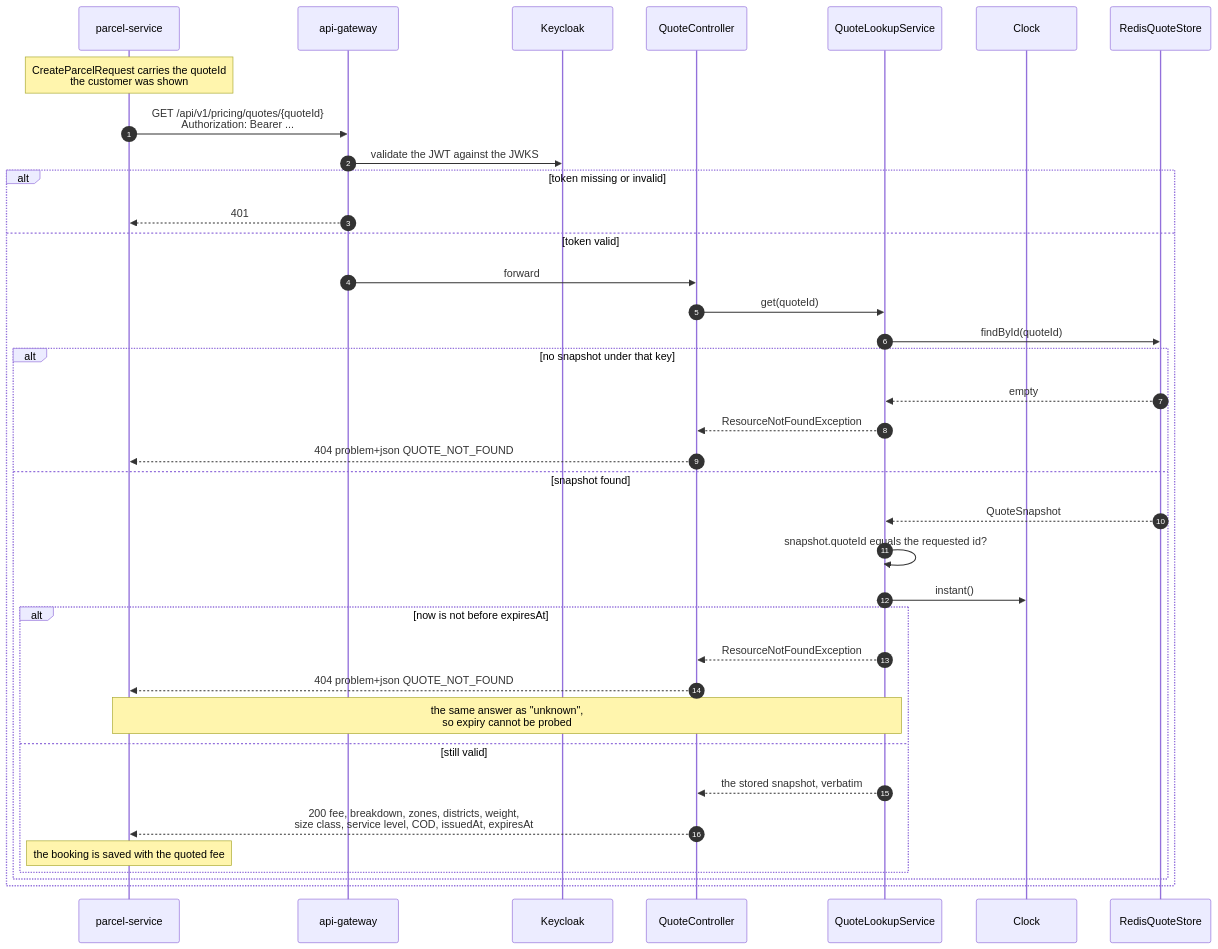
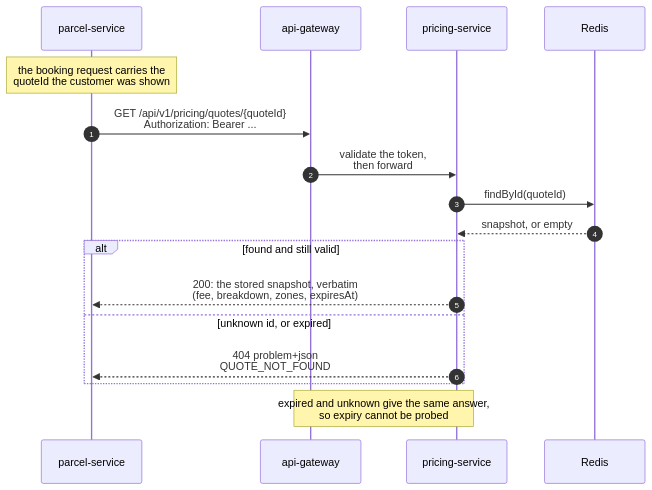
One commit to Pasidu-Mihiranga/SwiftDrop changed the diagram in doc/diagrams/m2-pricing-zones/sequence-m2-quote-lookup.mmd. Above: the diagram before and after it, drawn with Mermaid. The commit also changed 8 other files, not shown here.

First line of the commit message:
docs(m2): simplify the pricing sequence diagrams

```diff
--- a/doc/diagrams/m2-pricing-zones/sequence-m2-quote-lookup.mmd
+++ b/doc/diagrams/m2-pricing-zones/sequence-m2-quote-lookup.mmd
@@ -1,42 +1,23 @@
 %% M2 key flow 2: parcel-service validates an issued quote before booking.
 %% GET /api/v1/pricing/quotes/{quoteId} - requires a bearer token.
 %% The reply is built from the stored snapshot only. An expired quote and an
 %% unknown id get the same 404.
+%% Simplified for the design report: one alt covers both failure cases.
 sequenceDiagram
     autonumber
     participant P as parcel-service
     participant GW as api-gateway
-    participant KC as Keycloak
-    participant QC as QuoteController
-    participant QLS as QuoteLookupService
-    participant CL as Clock
-    participant RD as RedisQuoteStore
+    participant PS as pricing-service
+    participant RD as Redis
 
-    Note over P: CreateParcelRequest carries the quoteId<br/>the customer was shown
+    Note over P: the booking request carries the<br/>quoteId the customer was shown
     P->>GW: GET /api/v1/pricing/quotes/{quoteId}<br/>Authorization: Bearer ...
-    GW->>KC: validate the JWT against the JWKS
-    alt token missing or invalid
-        GW-->>P: 401
-    else token valid
-        GW->>QC: forward
-        QC->>QLS: get(quoteId)
-        QLS->>RD: findById(quoteId)
-        alt no snapshot under that key
-            RD-->>QLS: empty
-            QLS-->>QC: ResourceNotFoundException
-            QC-->>P: 404 problem+json QUOTE_NOT_FOUND
-        else snapshot found
-            RD-->>QLS: QuoteSnapshot
-            QLS->>QLS: snapshot.quoteId equals the requested id?
-            QLS->>CL: instant()
-            alt now is not before expiresAt
-                QLS-->>QC: ResourceNotFoundException
-                QC-->>P: 404 problem+json QUOTE_NOT_FOUND
-                Note over QLS,P: the same answer as "unknown",<br/>so expiry cannot be probed
-            else still valid
-                QLS-->>QC: the stored snapshot, verbatim
-                QC-->>P: 200 fee, breakdown, zones, districts, weight,<br/>size class, service level, COD, issuedAt, expiresAt
-                Note over P: the booking is saved with the quoted fee
-            end
-        end
+    GW->>PS: validate the token,<br/>then forward
+    PS->>RD: findById(quoteId)
+    RD-->>PS: snapshot, or empty
+    alt found and still valid
+        PS-->>P: 200: the stored snapshot, verbatim<br/>(fee, breakdown, zones, expiresAt)
+    else unknown id, or expired
+        PS-->>P: 404 problem+json<br/>QUOTE_NOT_FOUND
     end
+    Note over GW,PS: expired and unknown give the same answer,<br/>so expiry cannot be probed
```
